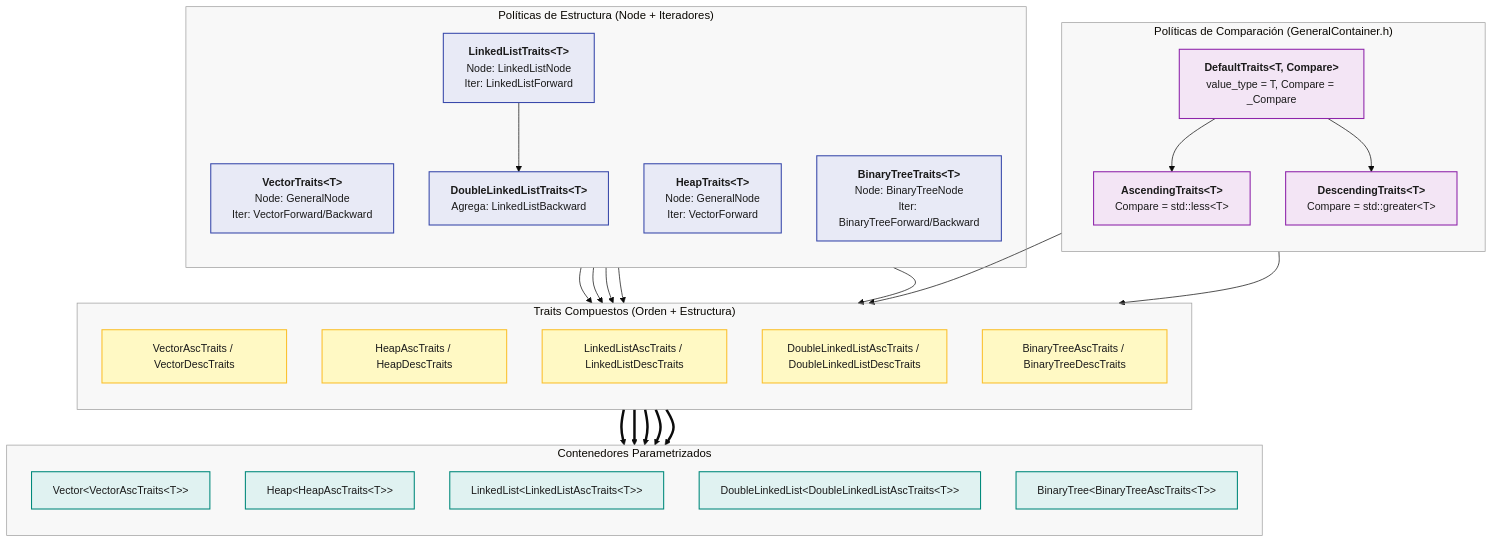
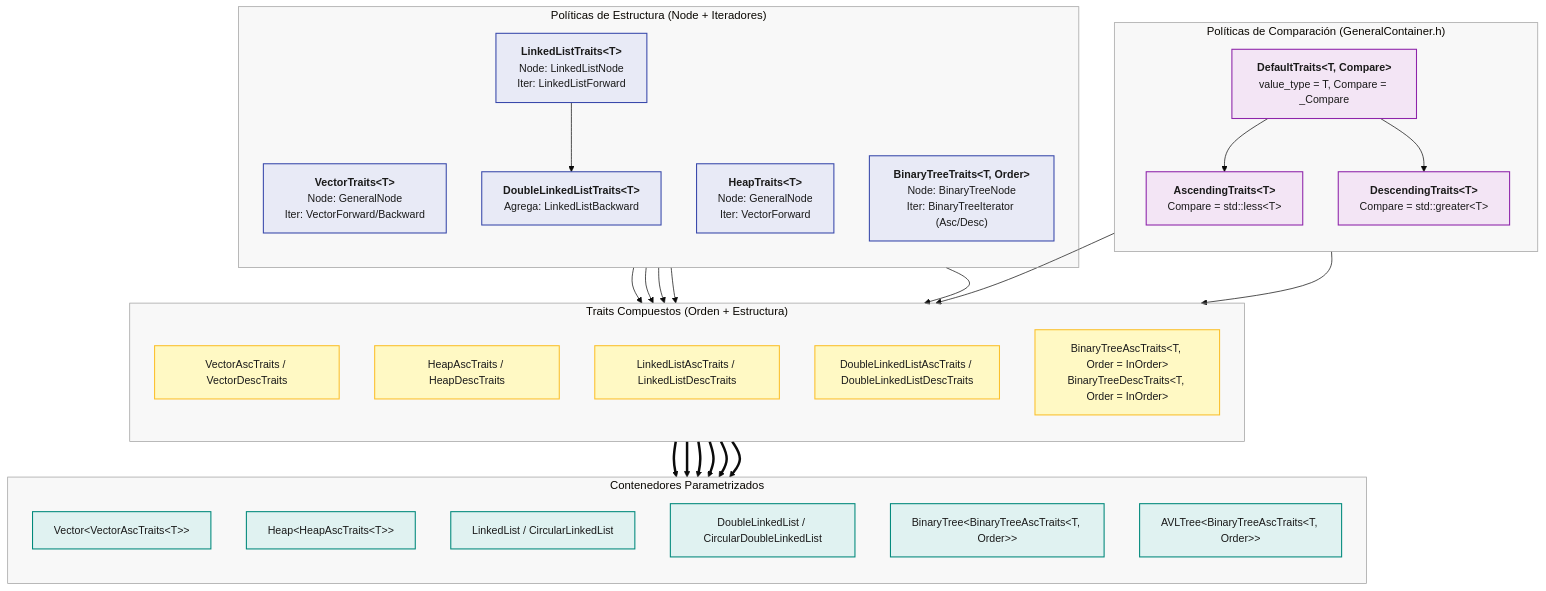
Before and after one commit to AldoLunaBueno/2026-II-CS-UNI-CC0E5-AEDAv: the fourth of 8 diagrams in README.md, drawn with Mermaid (base theme). The commit also changed other lines of this file, not shown here.

````diff
--- a/README.md
+++ b/README.md
@@ -185,69 +200,71 @@
 ```mermaid
 flowchart TB
     subgraph ORDEN["Políticas de Comparación (GeneralContainer.h)"]
         direction TB
         DT["<b>DefaultTraits#lt;T, Compare#gt;</b><br/>value_type = T, Compare = _Compare"]
         ASC["<b>AscendingTraits#lt;T#gt;</b><br/>Compare = std::less#lt;T#gt;"]
         DESC["<b>DescendingTraits#lt;T#gt;</b><br/>Compare = std::greater#lt;T#gt;"]
         DT --> ASC
         DT --> DESC
     end
 
     subgraph STRUCT["Políticas de Estructura (Node + Iteradores)"]
         direction TB
         VT["<b>VectorTraits#lt;T#gt;</b><br/>Node: GeneralNode<br/>Iter: VectorForward/Backward"]
         HT["<b>HeapTraits#lt;T#gt;</b><br/>Node: GeneralNode<br/>Iter: VectorForward"]
         LLT["<b>LinkedListTraits#lt;T#gt;</b><br/>Node: LinkedListNode<br/>Iter: LinkedListForward"]
         DLLT["<b>DoubleLinkedListTraits#lt;T#gt;</b><br/>Agrega: LinkedListBackward"]
-        BTT["<b>BinaryTreeTraits#lt;T#gt;</b><br/>Node: BinaryTreeNode<br/>Iter: BinaryTreeForward/Backward"]
+        BTT["<b>BinaryTreeTraits#lt;T, Order#gt;</b><br/>Node: BinaryTreeNode<br/>Iter: BinaryTreeIterator (Asc/Desc)"]
 
         LLT --> DLLT
     end
 
     subgraph COMBINED["Traits Compuestos (Orden + Estructura)"]
         direction TB
         V_TR["VectorAscTraits / VectorDescTraits"]
         H_TR["HeapAscTraits / HeapDescTraits"]
         LL_TR["LinkedListAscTraits / LinkedListDescTraits"]
         DLL_TR["DoubleLinkedListAscTraits / DoubleLinkedListDescTraits"]
-        BT_TR["BinaryTreeAscTraits / BinaryTreeDescTraits"]
+        BT_TR["BinaryTreeAscTraits#lt;T, Order = InOrder#gt;<br/>BinaryTreeDescTraits#lt;T, Order = InOrder#gt;"]
     end
 
     subgraph USERS["Contenedores Parametrizados"]
         direction TB
         U_V["Vector#lt;VectorAscTraits#lt;T#gt;#gt;"]
         U_H["Heap#lt;HeapAscTraits#lt;T#gt;#gt;"]
-        U_LL["LinkedList#lt;LinkedListAscTraits#lt;T#gt;#gt;"]
-        U_DLL["DoubleLinkedList#lt;DoubleLinkedListAscTraits#lt;T#gt;#gt;"]
-        U_BT["BinaryTree#lt;BinaryTreeAscTraits#lt;T#gt;#gt;"]
+        U_LL["LinkedList / CircularLinkedList"]
+        U_DLL["DoubleLinkedList / CircularDoubleLinkedList"]
+        U_BT["BinaryTree#lt;BinaryTreeAscTraits#lt;T, Order#gt;#gt;"]
+        U_AVL["AVLTree#lt;BinaryTreeAscTraits#lt;T, Order#gt;#gt;"]
     end
 
     ASC --> COMBINED
     DESC --> COMBINED
     VT --> V_TR
     HT --> H_TR
     LLT --> LL_TR
     DLLT --> DLL_TR
     BTT --> BT_TR
 
     V_TR ==> U_V
     H_TR ==> U_H
     LL_TR ==> U_LL
     DLL_TR ==> U_DLL
     BT_TR ==> U_BT
+    BT_TR ==> U_AVL
 
     classDef orden fill:#F3E5F5,stroke:#8E24AA,color:#1A1A1A,stroke-width:1.5px,font-size:15px;
     classDef struct fill:#E8EAF6,stroke:#3949AB,color:#1A1A1A,stroke-width:1.5px,font-size:15px;
     classDef comb fill:#FFF9C4,stroke:#FBC02D,color:#1A1A1A,stroke-width:1.5px,font-size:15px;
     classDef user fill:#E0F2F1,stroke:#00897B,color:#1A1A1A,stroke-width:1.5px,font-size:15px;
 
     class DT,ASC,DESC orden
     class VT,HT,LLT,DLLT,BTT struct
     class V_TR,H_TR,LL_TR,DLL_TR,BT_TR comb
-    class U_V,U_H,U_LL,U_DLL,U_BT user
+    class U_V,U_H,U_LL,U_DLL,U_BT,U_AVL user
 
     style ORDEN fill:#8080800F,stroke:#9E9E9E,stroke-width:1px
     style STRUCT fill:#8080800F,stroke:#9E9E9E,stroke-width:1px
     style COMBINED fill:#8080800F,stroke:#9E9E9E,stroke-width:1px
     style USERS fill:#8080800F,stroke:#9E9E9E,stroke-width:1px
 ```
````
